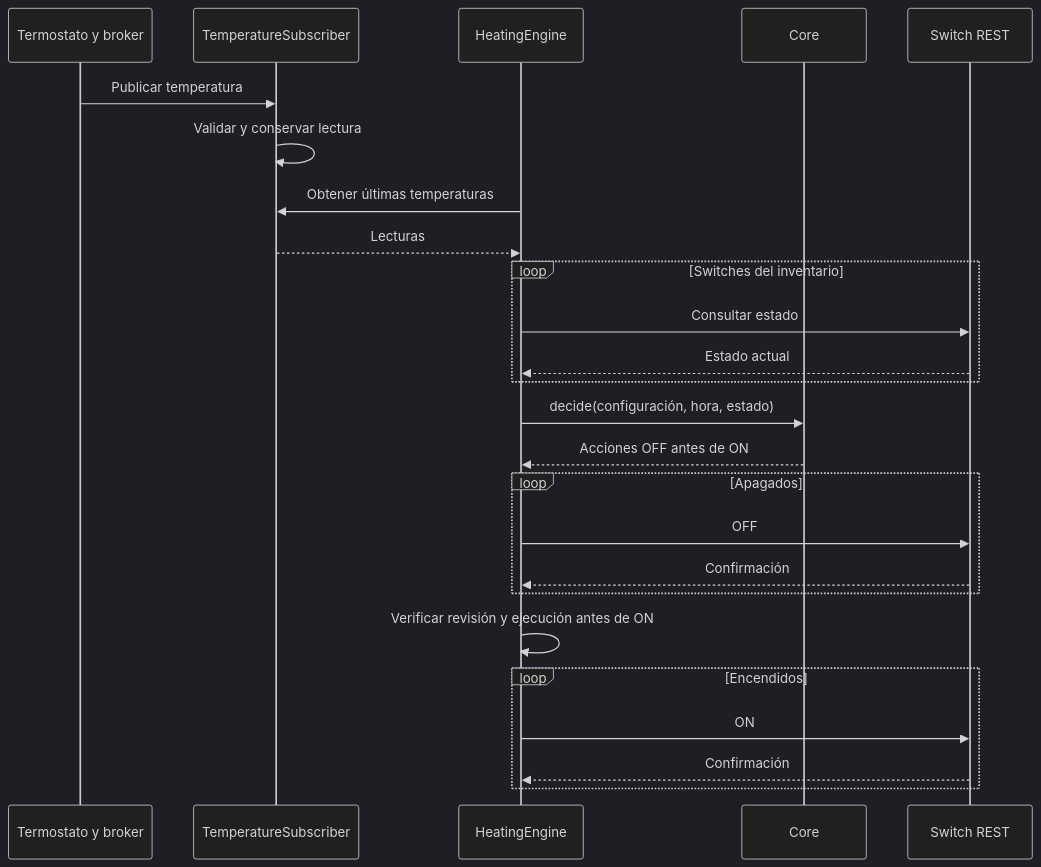
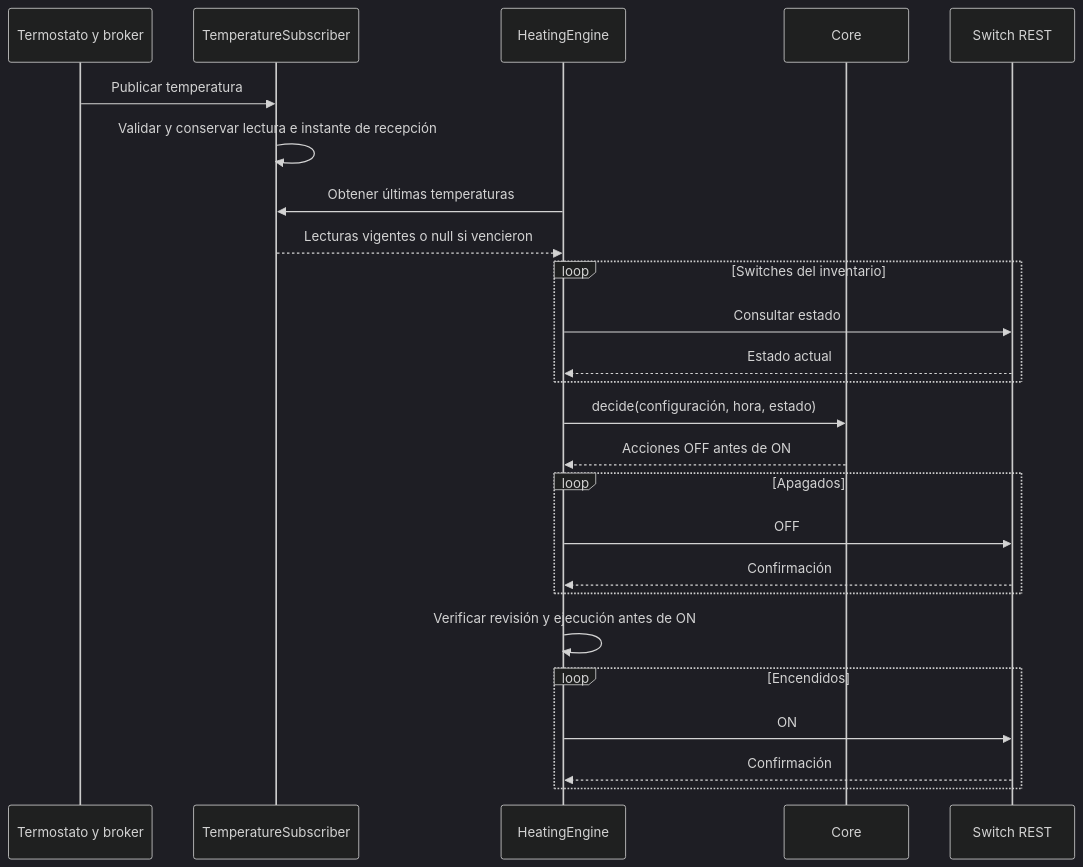
Before and after one commit to BreanCasas/iiss-2026-grupo-1: the seventh of 7 diagrams in docs/arquitectura/4mas1.md, drawn with Mermaid (dark theme). The commit also changed other lines of this file and 27 other files, not shown here.

````diff
--- a/docs/arquitectura/4mas1.md
+++ b/docs/arquitectura/4mas1.md
@@ -218,34 +475,34 @@
 ```mermaid
 sequenceDiagram
     participant T as Termostato y broker
     participant S as TemperatureSubscriber
     participant E as HeatingEngine
     participant C as Core
     participant W as Switch REST
 
     T->>S: Publicar temperatura
-    S->>S: Validar y conservar lectura
+    S->>S: Validar y conservar lectura e instante de recepción
 
     E->>S: Obtener últimas temperaturas
-    S-->>E: Lecturas
+    S-->>E: Lecturas vigentes o null si vencieron
 
     loop Switches del inventario
         E->>W: Consultar estado
         W-->>E: Estado actual
     end
 
     E->>C: decide(configuración, hora, estado)
     C-->>E: Acciones OFF antes de ON
 
     loop Apagados
         E->>W: OFF
         W-->>E: Confirmación
     end
 
     E->>E: Verificar revisión y ejecución antes de ON
 
     loop Encendidos
         E->>W: ON
         W-->>E: Confirmación
     end
 ```
````
